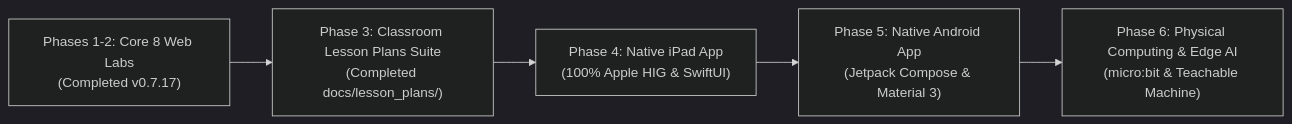
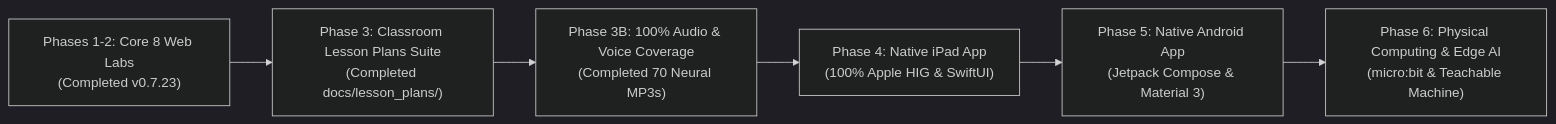
One commit to omerninyo/zenlab changed the diagram in ROADMAP.md. Above: the diagram before and after it, drawn with Mermaid (dark theme). The commit also changed other lines of this file and 81 other files, not shown here.

````diff
--- a/ROADMAP.md
+++ b/ROADMAP.md
@@ -13,7 +13,8 @@
 ```mermaid
 flowchart LR
-    P1["Phases 1-2: Core 8 Web Labs\n(Completed v0.7.17)"] --> P3["Phase 3: Classroom Lesson Plans Suite\n(Completed docs/lesson_plans/)"]
-    P3 --> P4["Phase 4: Native iPad App\n(100% Apple HIG & SwiftUI)"]
+    P1["Phases 1-2: Core 8 Web Labs\n(Completed v0.7.23)"] --> P3["Phase 3: Classroom Lesson Plans Suite\n(Completed docs/lesson_plans/)"]
+    P3 --> P3B["Phase 3B: 100% Audio & Voice Coverage\n(Completed 70 Neural MP3s)"]
+    P3B --> P4["Phase 4: Native iPad App\n(100% Apple HIG & SwiftUI)"]
     P4 --> P5["Phase 5: Native Android App\n(Jetpack Compose & Material 3)"]
     P5 --> P6["Phase 6: Physical Computing & Edge AI\n(micro:bit & Teachable Machine)"]
 ```
````
